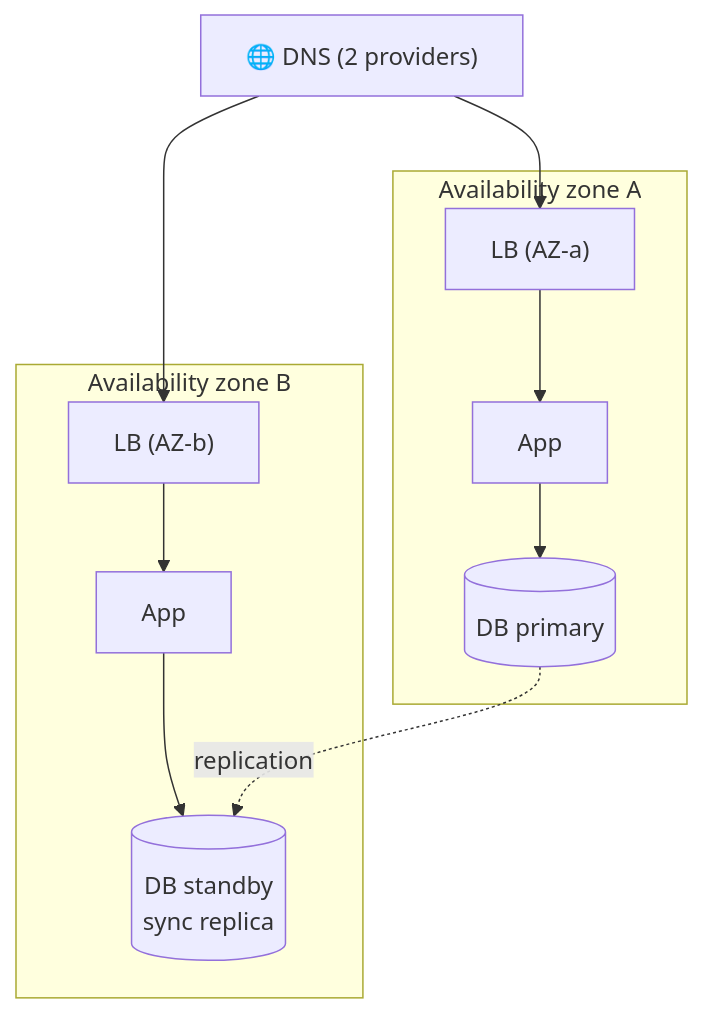
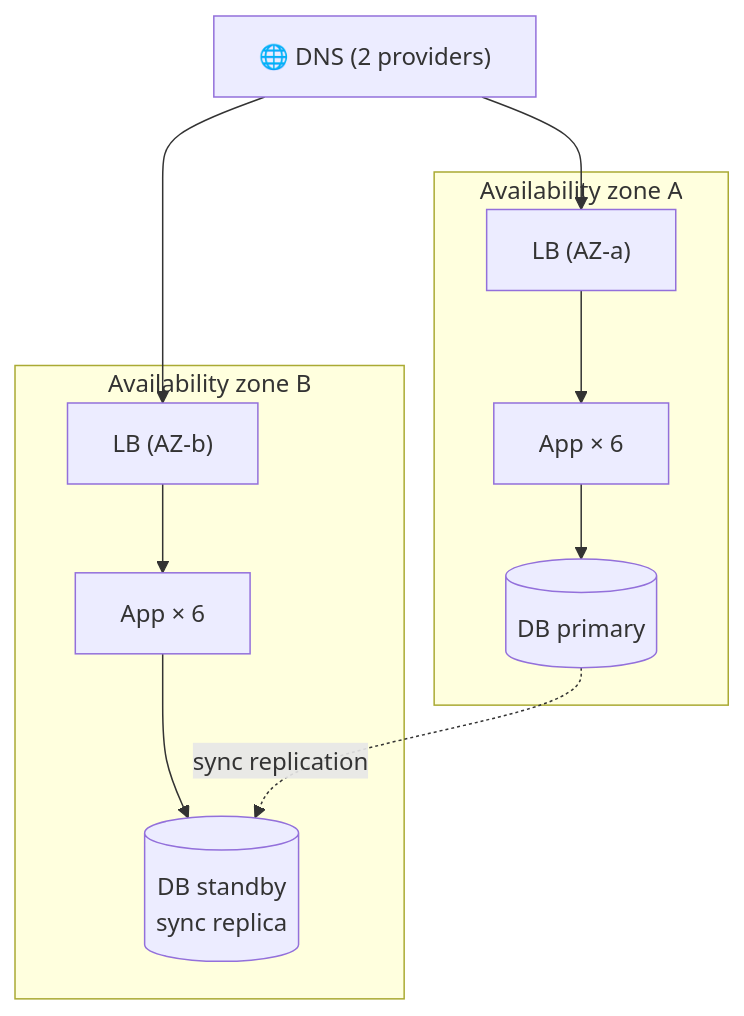
Before and after one commit to winnyboy5/System-Design-from-Atoms: the diagram in phases/08-reliability-ops/065-redundancy-and-failover.md, drawn with Mermaid. The commit also changed other lines of this file and 9 other files, not shown here.

````diff
--- a/phases/08-reliability-ops/065-redundancy-and-failover.md
+++ b/phases/08-reliability-ops/065-redundancy-and-failover.md
@@ -30,14 +44,14 @@
 ```mermaid
 flowchart TB
     DNS["🌐 DNS (2 providers)"] --> LB1["LB (AZ-a)"]
     DNS --> LB2["LB (AZ-b)"]
     subgraph AZa["Availability zone A"]
-        LB1 --> A1["App"]
+        LB1 --> A1["App × 6"]
         A1 --> DBP[("DB primary")]
     end
     subgraph AZb["Availability zone B"]
-        LB2 --> A2["App"]
+        LB2 --> A2["App × 6"]
         A2 --> DBS[("DB standby<br/>sync replica")]
     end
-    DBP -. "replication" .-> DBS
+    DBP -. "sync replication" .-> DBS
 ```
````
